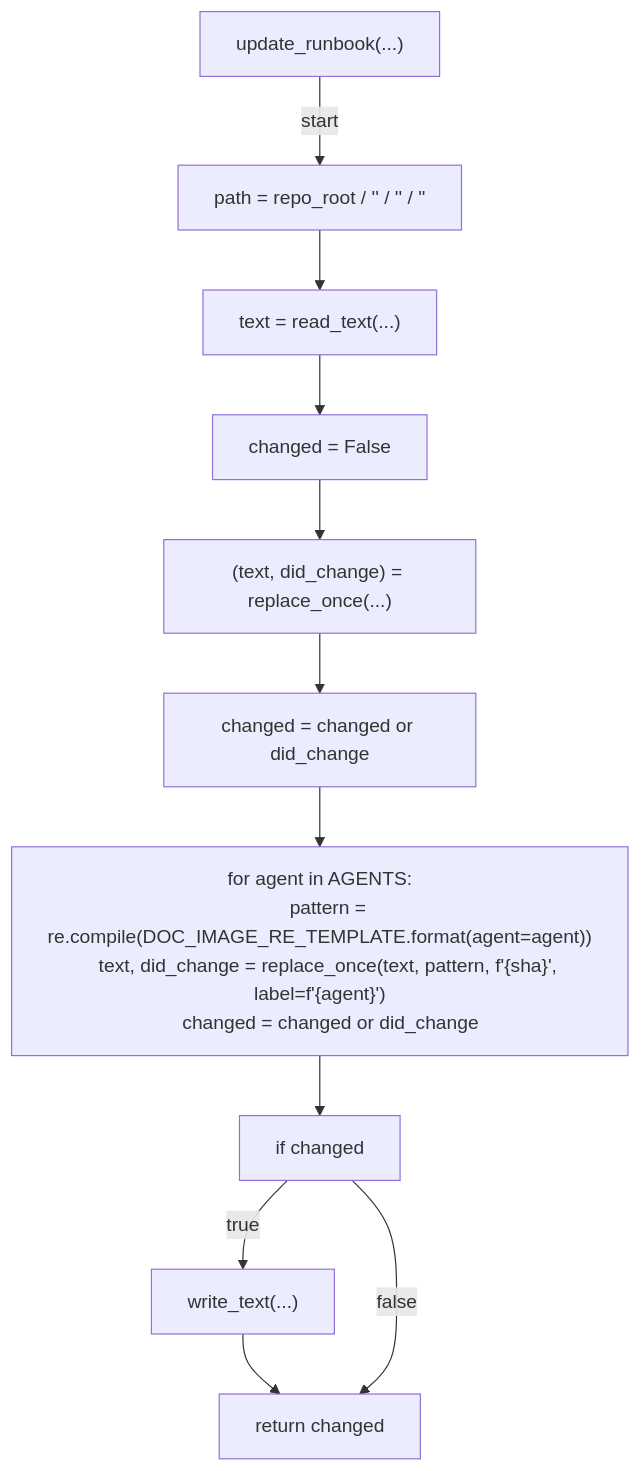
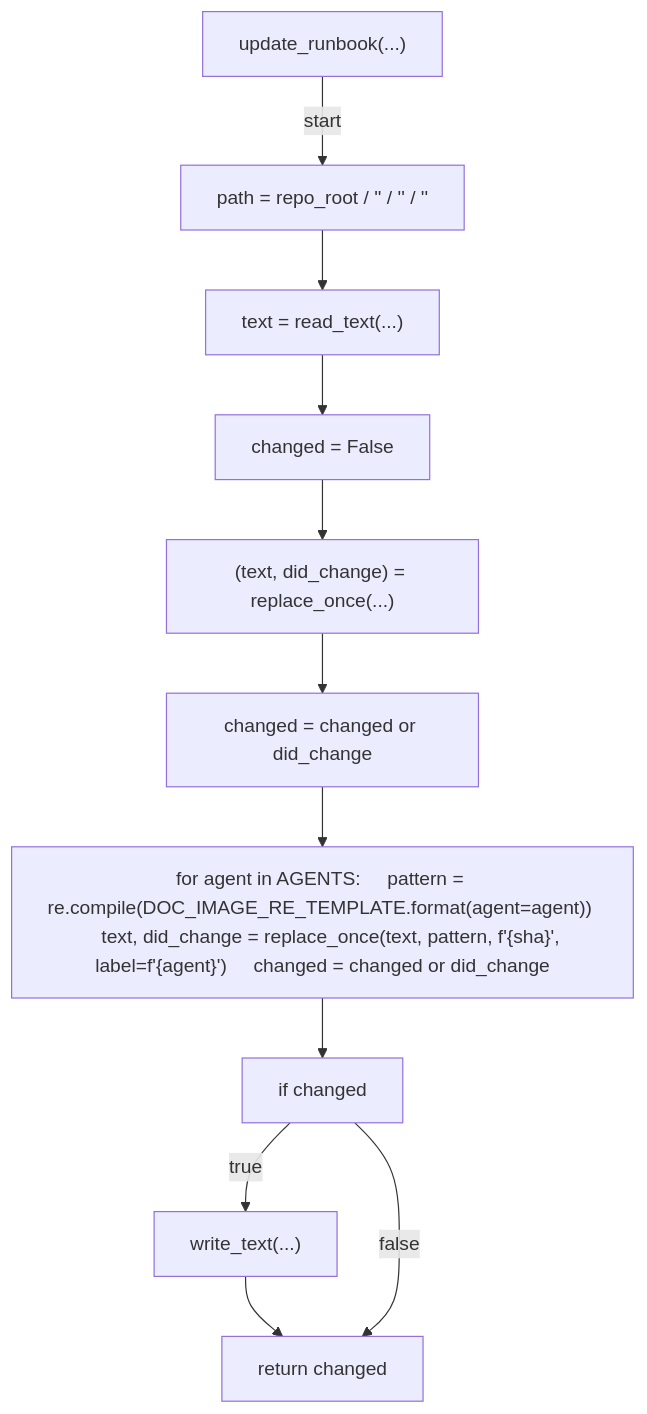
One commit to tvna/claude-md changed the fourth of 7 diagrams in docs/generated/scripts/ast/update_devcontainer_image_pins.md. Above: the diagram before and after it, drawn with Mermaid. The commit also changed other lines of this file and 15 other files, not shown here.

First line of the commit message:
docs(generated): regenerate decision tree and workflow diagrams (batch 5/5)

````diff
--- a/docs/generated/scripts/ast/update_devcontainer_image_pins.md
+++ b/docs/generated/scripts/ast/update_devcontainer_image_pins.md
@@ -66,26 +66,23 @@
 ```mermaid
 flowchart TD
     N001["update_runbook(...)"]
     N002["path = repo_root / '<str>' / '<str>' / '<str>'"]
     N003["text = read_text(...)"]
     N004["changed = False"]
     N005["(text, did_change) = replace_once(...)"]
     N006["changed = changed or did_change"]
-    N007["for agent in AGENTS:
-    pattern = re.compile(DOC_IMAGE_RE_TEMPLATE.format(agent=agent))
-    text, did_change = replace_once(text, pattern, f'<str>{sha}', label=f'{agent}<str>')
-    changed = changed or did_change"]
+    N007["for agent in AGENTS:     pattern = re.compile(DOC_IMAGE_RE_TEMPLATE.format(agent=agent))     text, did_change = replace_once(text, pattern, f'<str>{sha}', label=f'{agent}<str>')     changed = changed or did_change"]
     N008["if changed"]
     N009["write_text(...)"]
     N010["return changed"]
     N001 -->|"start"| N002
     N002 --> N003
     N003 --> N004
     N004 --> N005
     N005 --> N006
     N006 --> N007
     N007 --> N008
     N008 -->|"true"| N009
     N009 --> N010
     N008 -->|"false"| N010
 ```
````
